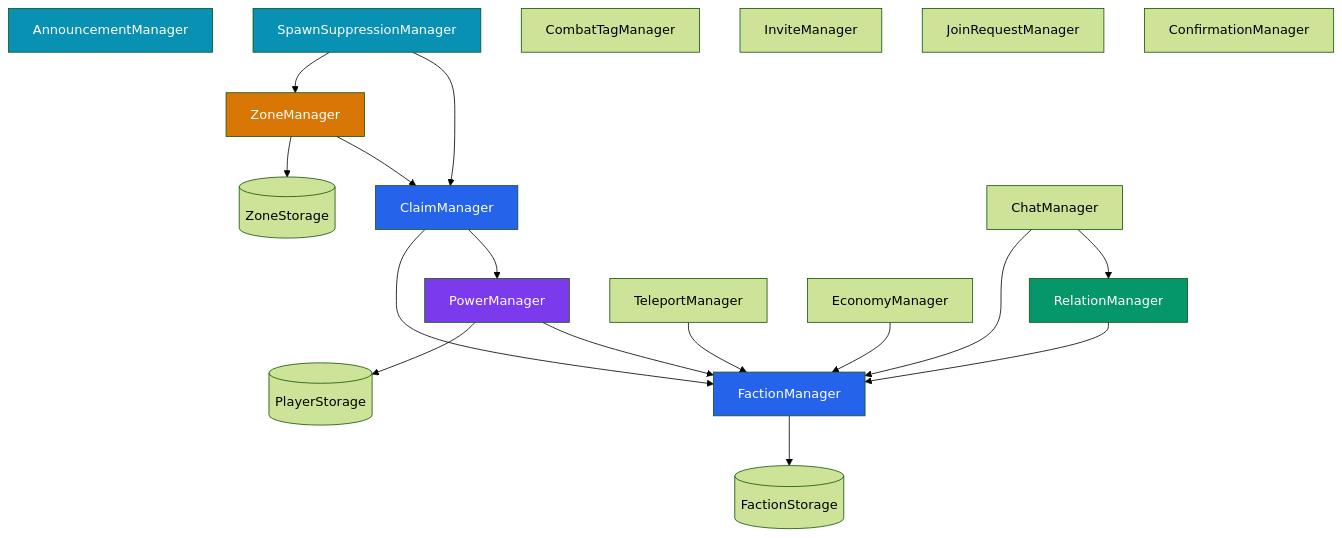
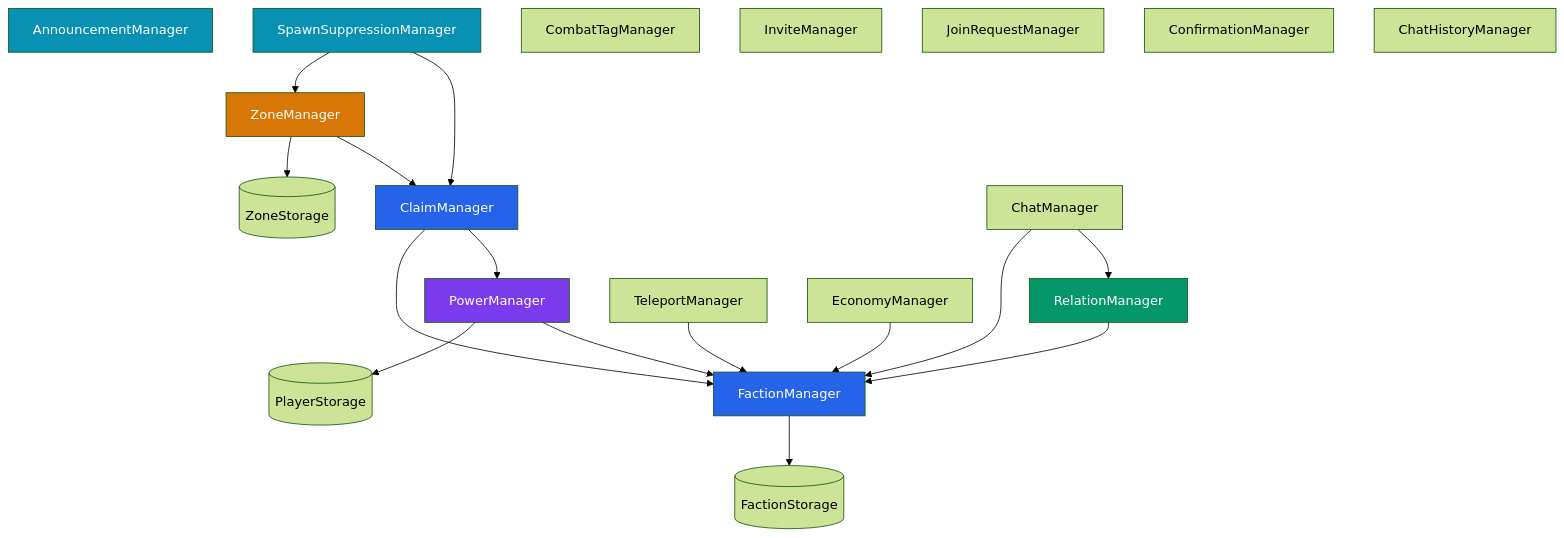
The diagram in docs/managers.md (HyperSystems-Development/HyperFactions), drawn with Mermaid (forest theme) before and after one commit. The commit also changed other lines of this file and 10 other files, not shown here.

````diff
--- a/docs/managers.md
+++ b/docs/managers.md
@@ -22,30 +22,31 @@
 ```mermaid
 graph TD
     FM[FactionManager] --> FS[(FactionStorage)]
     PM[PowerManager] --> PS[(PlayerStorage)]
     PM --> FM
     CM[ClaimManager] --> FM
     CM --> PM
     RM[RelationManager] --> FM
     ZM[ZoneManager] --> ZS[(ZoneStorage)]
     ZM --> CM
     TM[TeleportManager] --> FM
     ChM[ChatManager] --> FM
     ChM --> RM
     EM[EconomyManager] --> FM
     AM[AnnouncementManager]
     SSM[SpawnSuppressionManager] --> ZM
     SSM --> CM
     CTM[CombatTagManager]
     IM[InviteManager]
     JRM[JoinRequestManager]
     CoM[ConfirmationManager]
+    CHM[ChatHistoryManager]
 
     style FM fill:#2563eb,color:#fff
     style CM fill:#2563eb,color:#fff
     style PM fill:#7c3aed,color:#fff
     style RM fill:#059669,color:#fff
     style ZM fill:#d97706,color:#fff
     style AM fill:#0891b2,color:#fff
     style SSM fill:#0891b2,color:#fff
 ```
````
